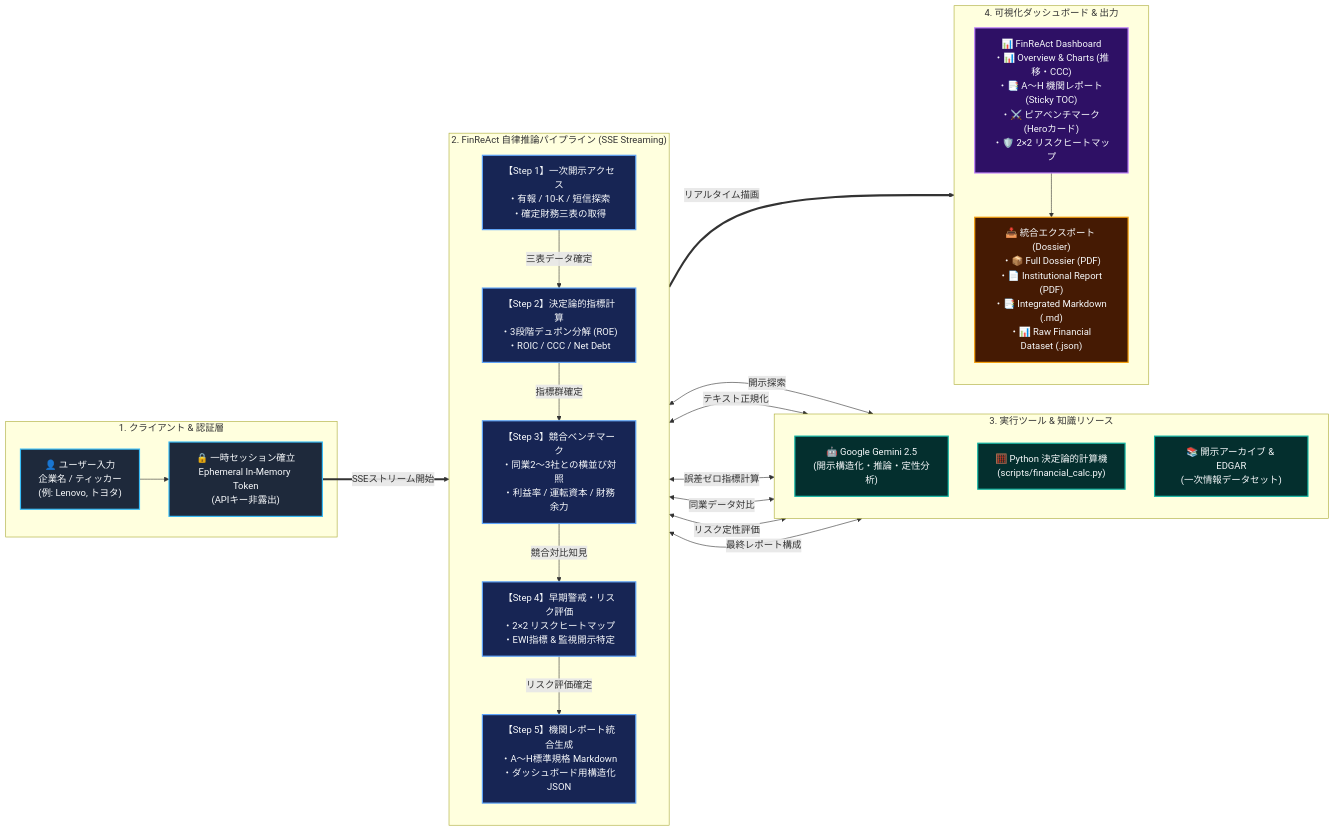
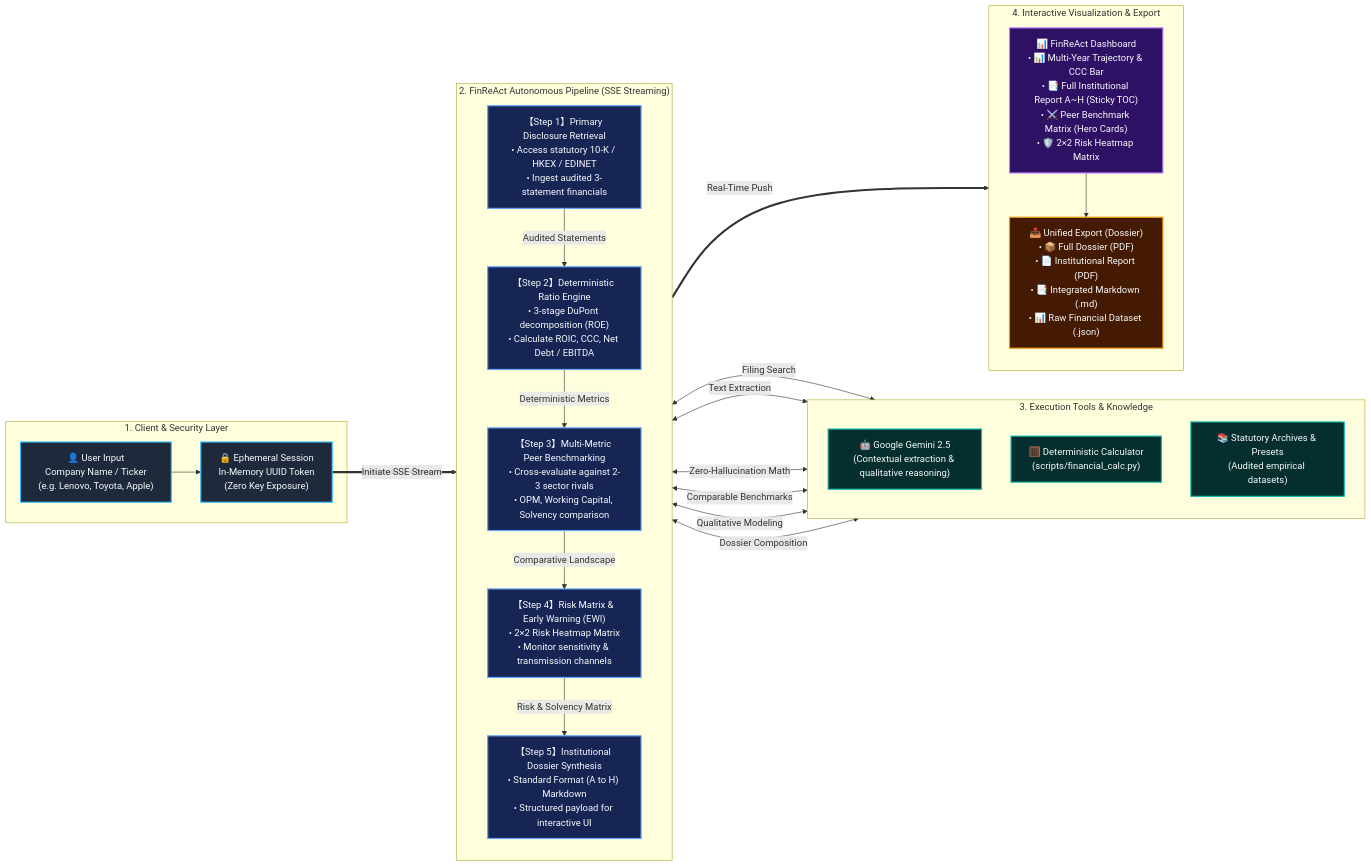
The second of 2 diagrams in README.md (zuyingwo-lenovo/Agent-Finance), drawn with Mermaid before and after one commit. The commit also changed other lines of this file and 7 other files, not shown here.

````diff
--- a/README.md
+++ b/README.md
@@ -75,66 +89,65 @@
 ```mermaid
 flowchart LR
-    %% レイヤー別スタイル定義
+    %% Layer styles
     classDef clientStyle fill:#1e293b,stroke:#38bdf8,stroke-width:2px,color:#f8fafc;
     classDef phaseStyle fill:#172554,stroke:#60a5fa,stroke-width:2px,color:#f8fafc;
     classDef toolStyle fill:#042f2e,stroke:#14b8a6,stroke-width:2px,color:#f8fafc;
     classDef uiStyle fill:#2e1065,stroke:#c084fc,stroke-width:2px,color:#f8fafc;
     classDef exportStyle fill:#451a03,stroke:#f59e0b,stroke-width:2px,color:#f8fafc;
 
-    %% 1. クライアント入力層
-    subgraph Layer1 ["1. クライアント & 認証層"]
-        User["👤 ユーザー入力<br>企業名 / ティッカー<br>(例: Lenovo, トヨタ)"]
-        Session["🔒 一時セッション確立<br>Ephemeral In-Memory Token<br>(APIキー非露出)"]
+    %% 1. Client & Auth
+    subgraph Layer1 ["1. Client & Security Layer"]
+        User["👤 User Input<br>Company Name / Ticker<br>(e.g. Lenovo, Toyota, Apple)"]
+        Session["🔒 Ephemeral Session<br>In-Memory UUID Token<br>(Zero Key Exposure)"]
         User --> Session
     end
 
-    %% 2. ReAct 自律推論パイプライン
-    subgraph Layer2 ["2. FinReAct 自律推論パイプライン (SSE Streaming)"]
+    %% 2. ReAct Pipeline
+    subgraph Layer2 ["2. FinReAct Autonomous Pipeline (SSE Streaming)"]
         direction TB
-        S1["【Step 1】一次開示アクセス<br>・有報 / 10-K / 短信探索<br>・確定財務三表の取得"]
-        S2["【Step 2】決定論的指標計算<br>・3段階デュポン分解 (ROE)<br>・ROIC / CCC / Net Debt"]
-        S3["【Step 3】競合ベンチマーク<br>・同業2〜3社との横並び対照<br>・利益率 / 運転資本 / 財務余力"]
-        S4["【Step 4】早期警戒・リスク評価<br>・2×2 リスクヒートマップ<br>・EWI指標 & 監視開示特定"]
-        S5["【Step 5】機関レポート統合生成<br>・A〜H標準規格 Markdown<br>・ダッシュボード用構造化JSON"]
+        S1["【Step 1】Primary Disclosure Retrieval<br>• Access statutory 10-K / HKEX / EDINET<br>• Ingest audited 3-statement financials"]
+        S2["【Step 2】Deterministic Ratio Engine<br>• 3-stage DuPont decomposition (ROE)<br>• Calculate ROIC, CCC, Net Debt / EBITDA"]
+        S3["【Step 3】Multi-Metric Peer Benchmarking<br>• Cross-evaluate against 2-3 sector rivals<br>• OPM, Working Capital, Solvency comparison"]
+        S4["【Step 4】Risk Matrix & Early Warning (EWI)<br>• 2×2 Risk Heatmap Matrix<br>• Monitor sensitivity & transmission channels"]
+        S5["【Step 5】Institutional Dossier Synthesis<br>• Standard Format (A to H) Markdown<br>• Structured payload for interactive UI"]
 
-        S1 -->|"三表データ確定"| S2
-        S2 -->|"指標群確定"| S3
-        S3 -->|"競合対比知見"| S4
-        S4 -->|"リスク評価確定"| S5
+        S1 -->|"Audited Statements"| S2
+        S2 -->|"Deterministic Metrics"| S3
+        S3 -->|"Comparative Landscape"| S4
+        S4 -->|"Risk & Solvency Matrix"| S5
     end
 
-    %% 3. バックエンド・実行ツール群
-    subgraph Layer3 ["3. 実行ツール & 知識リソース"]
+    %% 3. Tools & Resources
+    subgraph Layer3 ["3. Execution Tools & Knowledge"]
         direction TB
-        T_Gemini["🤖 Google Gemini 2.5<br>(開示構造化・推論・定性分析)"]
-        T_Calc["🧮 Python 決定論的計算機<br>(scripts/financial_calc.py)"]
-        T_Archive["📚 開示アーカイブ & EDGAR<br>(一次情報データセット)"]
+        T_Gemini["🤖 Google Gemini 2.5<br>(Contextual extraction & qualitative reasoning)"]
+        T_Calc["🧮 Deterministic Calculator<br>(scripts/financial_calc.py)"]
+        T_Archive["📚 Statutory Archives & Presets<br>(Audited empirical datasets)"]
     end
 
-    %% 4. フロントエンド・可視化層
-    subgraph Layer4 ["4. 可視化ダッシュボード & 出力"]
+    %% 4. Frontend UI/UX
+    subgraph Layer4 ["4. Interactive Visualization & Export"]
         direction TB
-        DashUI["📊 FinReAct Dashboard<br>・📊 Overview & Charts (推移・CCC)<br>・📑 A〜H 機関レポート (Sticky TOC)<br>・⚔️ ピアベンチマーク (Heroカード)<br>・🛡️ 2×2 リスクヒートマップ"]
-        ExportMenu["📥 統合エクスポート (Dossier)<br>・📦 Full Dossier (PDF)<br>・📄 Institutional Report (PDF)<br>・📑 Integrated Markdown (.md)<br>・📊 Raw Financial Dataset (.json)"]
+        DashUI["📊 FinReAct Dashboard<br>• 📊 Multi-Year Trajectory & CCC Bar<br>• 📑 Full Institutional Report A~H (Sticky TOC)<br>• ⚔️ Peer Benchmark Matrix (Hero Cards)<br>• 🛡️ 2×2 Risk Heatmap Matrix"]
+        ExportMenu["📥 Unified Export (Dossier)<br>• 📦 Full Dossier (PDF)<br>• 📄 Institutional Report (PDF)<br>• 📑 Integrated Markdown (.md)<br>• 📊 Raw Financial Dataset (.json)"]
         DashUI --> ExportMenu
     end
 
-    %% システム間連携
-    Session ==>|"SSEストリーム開始"| S1
+    %% System Interactions
+    Session ==>|"Initiate SSE Stream"| S1
 
-    S1 <-->|"開示探索"| T_Archive
-    S1 <-->|"テキスト正規化"| T_Gemini
-    S2 <-->|"誤差ゼロ指標計算"| T_Calc
-    S3 <-->|"同業データ対比"| T_Archive
-    S4 <-->|"リスク定性評価"| T_Gemini
-    S5 <-->|"最終レポート構成"| T_Gemini
+    S1 <-->|"Filing Search"| T_Archive
+    S1 <-->|"Text Extraction"| T_Gemini
+    S2 <-->|"Zero-Hallucination Math"| T_Calc
+    S3 <-->|"Comparable Benchmarks"| T_Archive
+    S4 <-->|"Qualitative Modeling"| T_Gemini
+    S5 <-->|"Dossier Composition"| T_Gemini
 
-    S5 ==>|"リアルタイム描画"| DashUI
+    S5 ==>|"Real-Time Push"| DashUI
 
-    %% スタイル適用
     class User,Session clientStyle;
     class S1,S2,S3,S4,S5 phaseStyle;
     class T_Gemini,T_Calc,T_Archive toolStyle;
     class DashUI uiStyle;
     class ExportMenu exportStyle;
 ```
````
